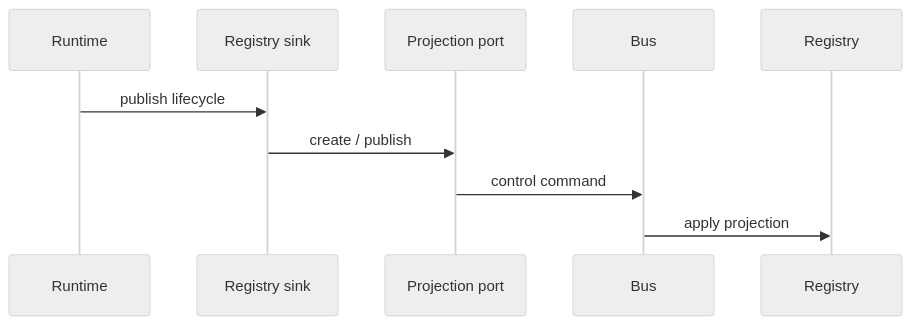
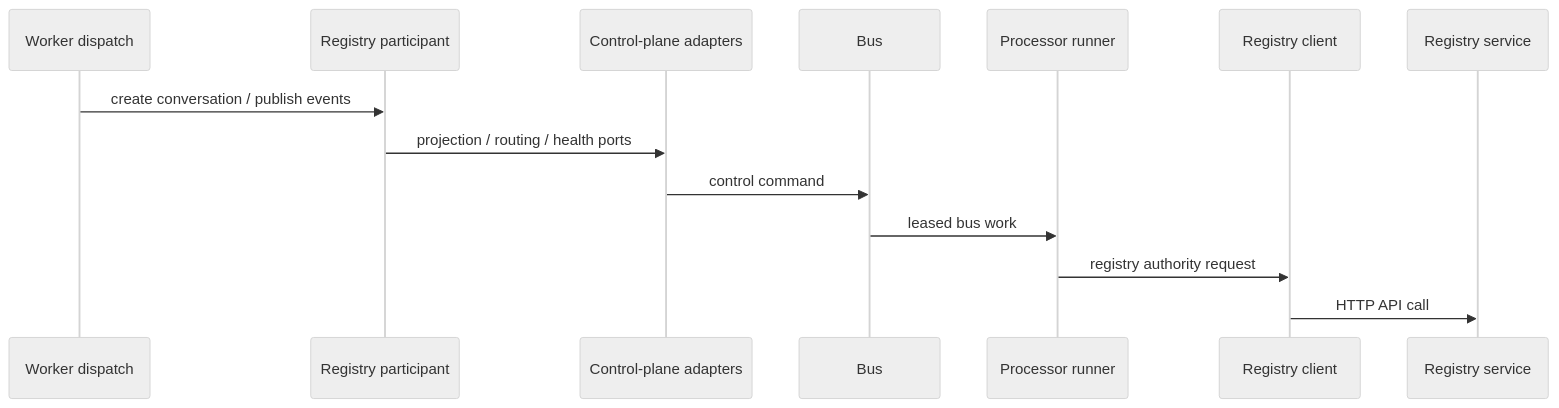
The sixth of 7 diagrams in ARCHITECTURE.md (privacynow/octopus), drawn with Mermaid (neutral theme) before and after one commit. The commit also changed other lines of this file, not shown here.

````diff
--- a/ARCHITECTURE.md
+++ b/ARCHITECTURE.md
@@ -515,13 +550,17 @@
 ```mermaid
 sequenceDiagram
-    participant X as Runtime
-    participant S as Registry sink
-    participant P as Projection port
+    participant WD as Worker dispatch
+    participant RP as Registry participant
+    participant CP as Control-plane adapters
     participant B as Bus
-    participant R as Registry
+    participant PR as Processor runner
+    participant C as Registry client
+    participant R as Registry service
 
-    X->>S: publish lifecycle
-    S->>P: create / publish
-    P->>B: control command
-    B->>R: apply projection
+    WD->>RP: create conversation / publish events
+    RP->>CP: projection / routing / health ports
+    CP->>B: control command
+    B->>PR: leased bus work
+    PR->>C: registry authority request
+    C->>R: HTTP API call
 ```
````
